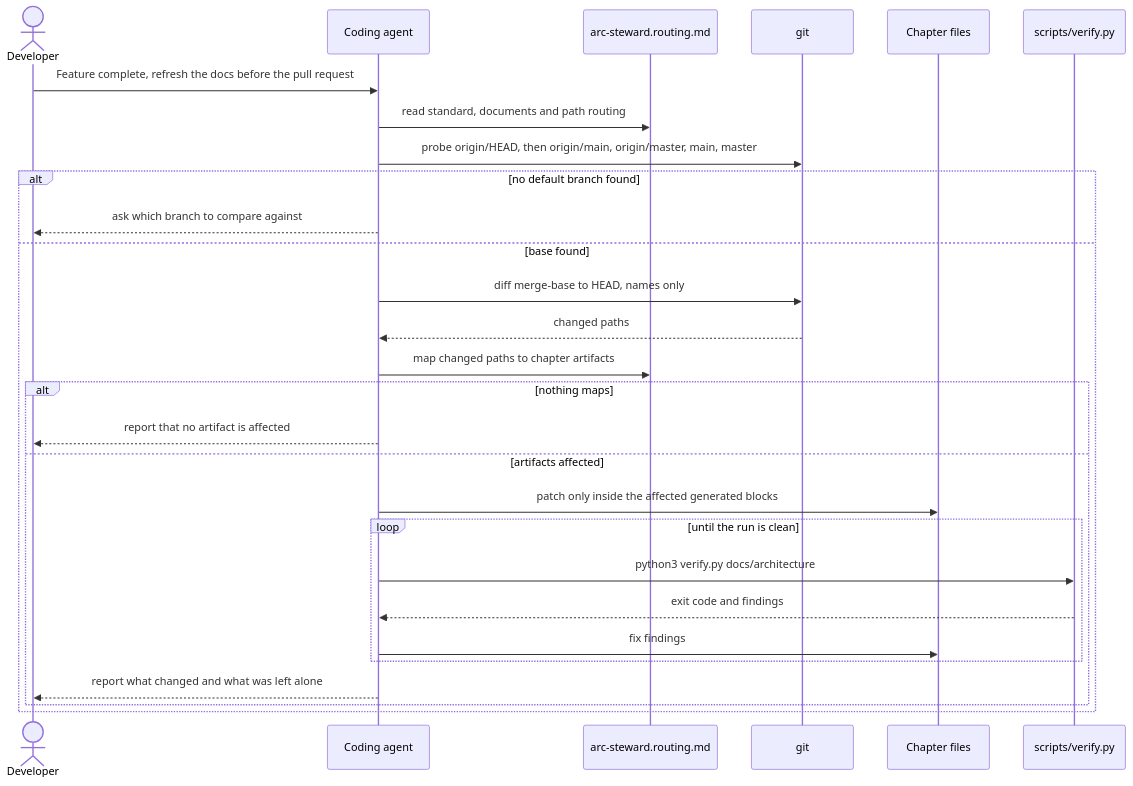
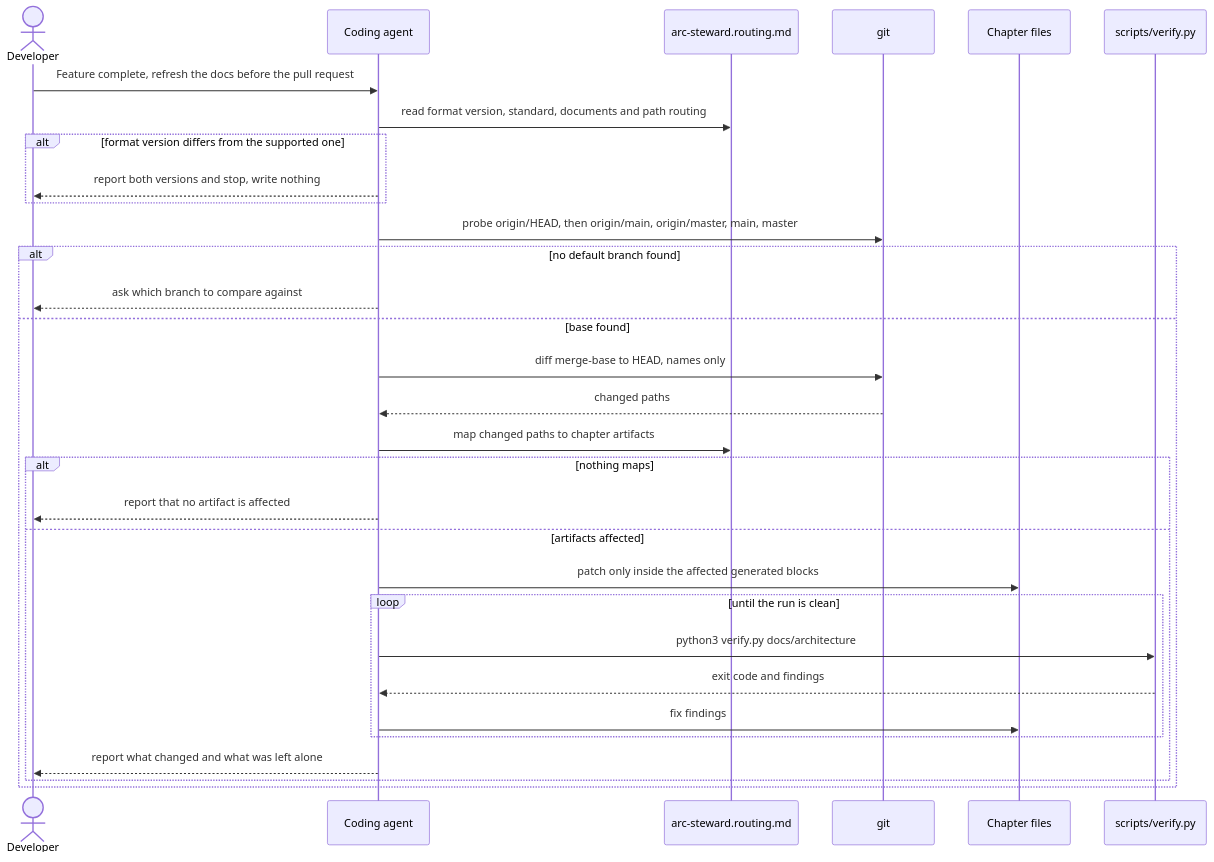
One commit to robertfoobar/arc-steward changed the third of 3 diagrams in docs/architecture/06-software-architecture.md. Above: the diagram before and after it, drawn with Mermaid. The commit also changed other lines of this file and 24 other files, not shown here.

````diff
--- a/docs/architecture/06-software-architecture.md
+++ b/docs/architecture/06-software-architecture.md
@@ -127,30 +130,33 @@
 ```mermaid
 sequenceDiagram
   actor Developer
   participant Agent as Coding agent
   participant Routing as arc-steward.routing.md
   participant Git as git
   participant Docs as Chapter files
   participant Verify as scripts/verify.py
   Developer->>Agent: Feature complete, refresh the docs before the pull request
-  Agent->>Routing: read standard, documents and path routing
+  Agent->>Routing: read format version, standard, documents and path routing
+  alt format version differs from the supported one
+    Agent-->>Developer: report both versions and stop, write nothing
+  end
   Agent->>Git: probe origin/HEAD, then origin/main, origin/master, main, master
   alt no default branch found
     Agent-->>Developer: ask which branch to compare against
   else base found
     Agent->>Git: diff merge-base to HEAD, names only
     Git-->>Agent: changed paths
     Agent->>Routing: map changed paths to chapter artifacts
     alt nothing maps
       Agent-->>Developer: report that no artifact is affected
     else artifacts affected
       Agent->>Docs: patch only inside the affected generated blocks
       loop until the run is clean
         Agent->>Verify: python3 verify.py docs/architecture
         Verify-->>Agent: exit code and findings
         Agent->>Docs: fix findings
       end
       Agent-->>Developer: report what changed and what was left alone
     end
   end
 ```
````
